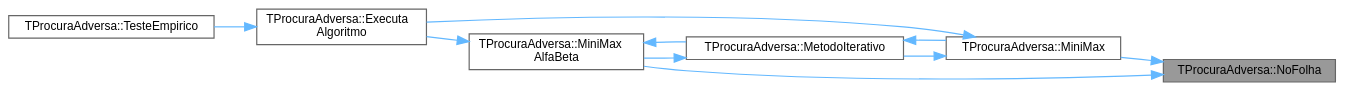
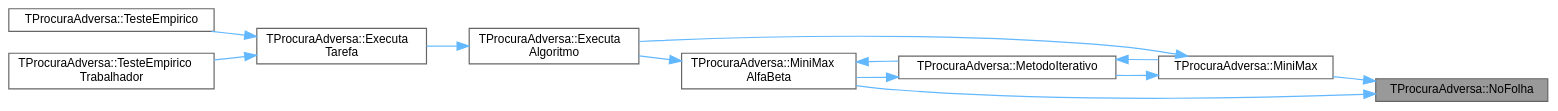
The diagram in classTProcuraAdversa_a01ed7d4718647eb52723ecffaf68aa4b_icgraph.dot (jcoelho72/TProcura), drawn with Graphviz before and after one commit. The commit also changed 165 other files, not shown here.

```diff
--- a/classTProcuraAdversa_a01ed7d4718647eb52723ecffaf68aa4b_icgraph.dot
+++ b/classTProcuraAdversa_a01ed7d4718647eb52723ecffaf68aa4b_icgraph.dot
@@ -1,23 +1,27 @@
 digraph "TProcuraAdversa::NoFolha"
 {
  // LATEX_PDF_SIZE
   bgcolor="transparent";
   edge [fontname=Helvetica,fontsize=10,labelfontname=Helvetica,labelfontsize=10];
   node [fontname=Helvetica,fontsize=10,shape=box,height=0.2,width=0.4];
   rankdir="RL";
   Node1 [id="Node000001",label="TProcuraAdversa::NoFolha",height=0.2,width=0.4,color="gray40", fillcolor="grey60", style="filled", fontcolor="black",tooltip="fim da procura, por corte de nível (ou não haver sucessores), retornar heurística"];
   Node1 -> Node2 [id="edge1_Node000001_Node000002",dir="back",color="steelblue1",style="solid",tooltip=" "];
   Node2 [id="Node000002",label="TProcuraAdversa::MiniMax",height=0.2,width=0.4,color="grey40", fillcolor="white", style="filled",URL="$classTProcuraAdversa.html#a4d8542bcb03f17da8aa3038384104f24",tooltip="retorna o valor do estado actual, apos procura de profundidade nivel"];
   Node2 -> Node3 [id="edge2_Node000002_Node000003",dir="back",color="steelblue1",style="solid",tooltip=" "];
   Node3 [id="Node000003",label="TProcuraAdversa::Executa\lAlgoritmo",height=0.2,width=0.4,color="grey40", fillcolor="white", style="filled",URL="$classTProcuraAdversa.html#aff6f48defaa10c14d160ac3990fd029b",tooltip="Executa o algoritmo com os parametros atuais."];
   Node3 -> Node4 [id="edge3_Node000003_Node000004",dir="back",color="steelblue1",style="solid",tooltip=" "];
-  Node4 [id="Node000004",label="TProcuraAdversa::TesteEmpirico",height=0.2,width=0.4,color="grey40", fillcolor="white", style="filled",URL="$classTProcuraAdversa.html#abe15e86c2a11e584764a2b80ddab10cb",tooltip="Executa testes empíricos, em todas as configurações guardadas, nas instâncias selecionadas."];
-  Node2 -> Node5 [id="edge4_Node000002_Node000005",dir="back",color="steelblue1",style="solid",tooltip=" "];
-  Node5 [id="Node000005",label="TProcuraAdversa::MetodoIterativo",height=0.2,width=0.4,color="grey40", fillcolor="white", style="filled",URL="$classTProcuraAdversa.html#a7c4153974c32753901326271fee90197",tooltip="iteração, aumentando o nível progressivamente"];
-  Node5 -> Node2 [id="edge5_Node000005_Node000002",dir="back",color="steelblue1",style="solid",tooltip=" "];
-  Node5 -> Node6 [id="edge6_Node000005_Node000006",dir="back",color="steelblue1",style="solid",tooltip=" "];
-  Node6 [id="Node000006",label="TProcuraAdversa::MiniMax\lAlfaBeta",height=0.2,width=0.4,color="grey40", fillcolor="white", style="filled",URL="$classTProcuraAdversa.html#adb3f857b1c8b3ee26682e335dc6ed601",tooltip="retorna o valor do estado actual, apos procura de profundidade nivel. Idêntico a MiniMax"];
-  Node6 -> Node3 [id="edge7_Node000006_Node000003",dir="back",color="steelblue1",style="solid",tooltip=" "];
-  Node6 -> Node5 [id="edge8_Node000006_Node000005",dir="back",color="steelblue1",style="solid",tooltip=" "];
-  Node1 -> Node6 [id="edge9_Node000001_Node000006",dir="back",color="steelblue1",style="solid",tooltip=" "];
+  Node4 [id="Node000004",label="TProcuraAdversa::Executa\lTarefa",height=0.2,width=0.4,color="grey40", fillcolor="white", style="filled",URL="$classTProcuraAdversa.html#aad206751268402eef355dd89415d1865",tooltip="Executa uma tarefa num teste empírico."];
+  Node4 -> Node5 [id="edge4_Node000004_Node000005",dir="back",color="steelblue1",style="solid",tooltip=" "];
+  Node5 [id="Node000005",label="TProcuraAdversa::TesteEmpirico",height=0.2,width=0.4,color="grey40", fillcolor="white", style="filled",URL="$classTProcuraAdversa.html#abe15e86c2a11e584764a2b80ddab10cb",tooltip="Executa testes empíricos, em todas as configurações guardadas, nas instâncias selecionadas."];
+  Node4 -> Node6 [id="edge5_Node000004_Node000006",dir="back",color="steelblue1",style="solid",tooltip=" "];
+  Node6 [id="Node000006",label="TProcuraAdversa::TesteEmpirico\lTrabalhador",height=0.2,width=0.4,color="grey40", fillcolor="white", style="filled",URL="$classTProcuraAdversa.html#adf8ec64db235b7d293fbf5a632a57966",tooltip="Teste empírico com modo mestre-escravo (este é o escravo)"];
+  Node2 -> Node7 [id="edge6_Node000002_Node000007",dir="back",color="steelblue1",style="solid",tooltip=" "];
+  Node7 [id="Node000007",label="TProcuraAdversa::MetodoIterativo",height=0.2,width=0.4,color="grey40", fillcolor="white", style="filled",URL="$classTProcuraAdversa.html#a7c4153974c32753901326271fee90197",tooltip="iteração, aumentando o nível progressivamente"];
+  Node7 -> Node2 [id="edge7_Node000007_Node000002",dir="back",color="steelblue1",style="solid",tooltip=" "];
+  Node7 -> Node8 [id="edge8_Node000007_Node000008",dir="back",color="steelblue1",style="solid",tooltip=" "];
+  Node8 [id="Node000008",label="TProcuraAdversa::MiniMax\lAlfaBeta",height=0.2,width=0.4,color="grey40", fillcolor="white", style="filled",URL="$classTProcuraAdversa.html#adb3f857b1c8b3ee26682e335dc6ed601",tooltip="retorna o valor do estado actual, apos procura de profundidade nivel. Idêntico a MiniMax"];
+  Node8 -> Node3 [id="edge9_Node000008_Node000003",dir="back",color="steelblue1",style="solid",tooltip=" "];
+  Node8 -> Node7 [id="edge10_Node000008_Node000007",dir="back",color="steelblue1",style="solid",tooltip=" "];
+  Node1 -> Node8 [id="edge11_Node000001_Node000008",dir="back",color="steelblue1",style="solid",tooltip=" "];
 }
```
